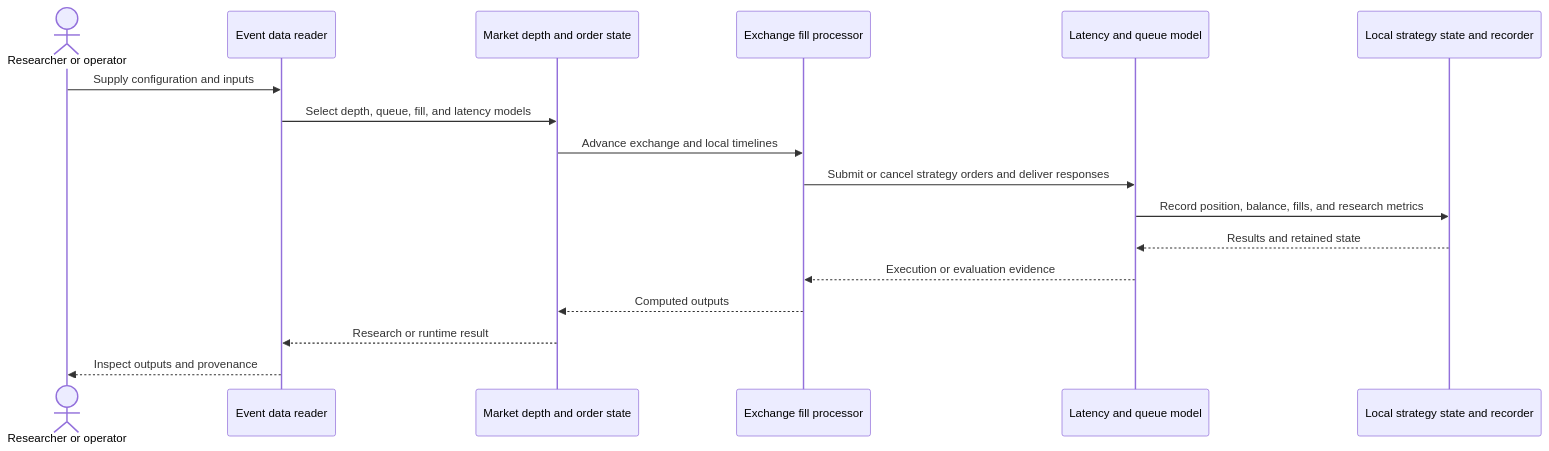
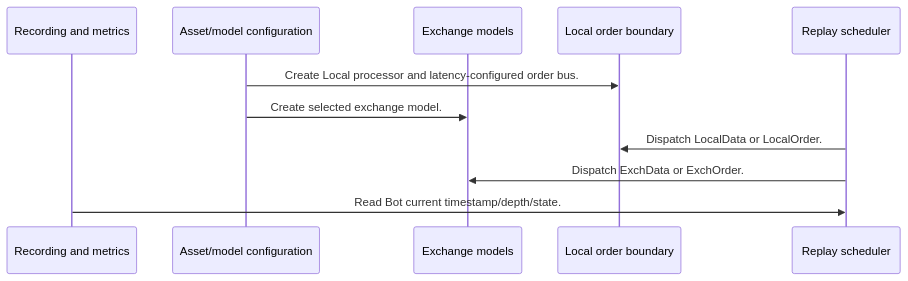
Before and after one commit to alexcwyu/hftbacktest: the fourth of 4 diagrams in docs/ayu-develop.md, drawn with Mermaid. The commit also changed other lines of this file and 13 other files, not shown here.

Commit message:
docs: standardize source-reviewed system guides and offline diagrams

````diff
--- a/docs/ayu-develop.md
+++ b/docs/ayu-develop.md
@@ -72,19 +211,13 @@
 ```mermaid
 sequenceDiagram
-    actor User as Researcher or operator
-    participant C0 as Event data reader
-    participant C1 as Market depth and order state
-    participant C2 as Exchange fill processor
-    participant C3 as Latency and queue model
-    participant C4 as Local strategy state and recorder
-    User->>C0: Supply configuration and inputs
-    C0->>C1: Select depth, queue, fill, and latency models
-    C1->>C2: Advance exchange and local timelines
-    C2->>C3: Submit or cancel strategy orders and deliver responses
-    C3->>C4: Record position, balance, fills, and research metrics
-    C4-->>C3: Results and retained state
-    C3-->>C2: Execution or evaluation evidence
-    C2-->>C1: Computed outputs
-    C1-->>C0: Research or runtime result
-    C0-->>User: Inspect outputs and provenance
+  participant N0 as Recording and metrics
+  participant N1 as Asset/model configuration
+  participant N2 as Exchange models
+  participant N3 as Local order boundary
+  participant N4 as Replay scheduler
+  N1->>N3: Create Local processor and latency-configured order bus.
+  N1->>N2: Create selected exchange model.
+  N4->>N3: Dispatch LocalData or LocalOrder.
+  N4->>N2: Dispatch ExchData or ExchOrder.
+  N0->>N4: Read Bot current timestamp/depth/state.
 ```
````
